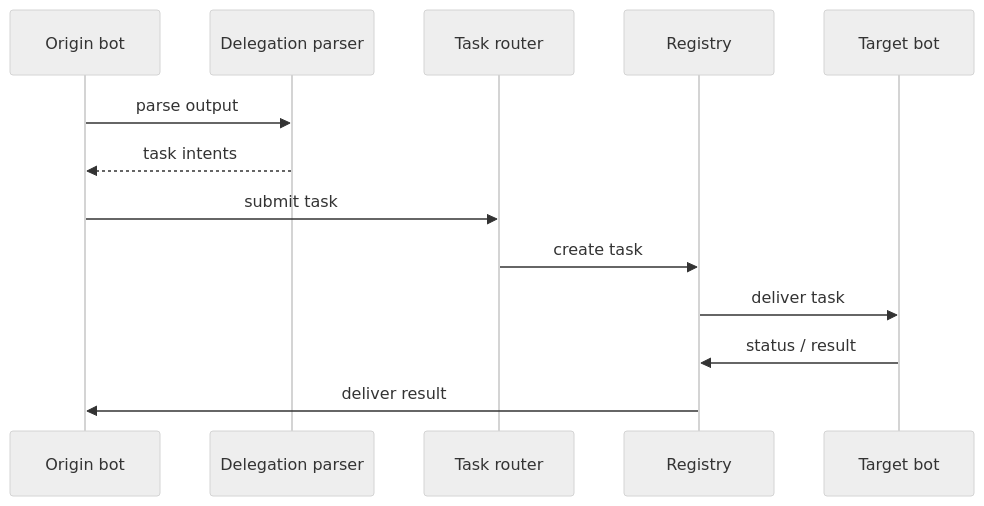
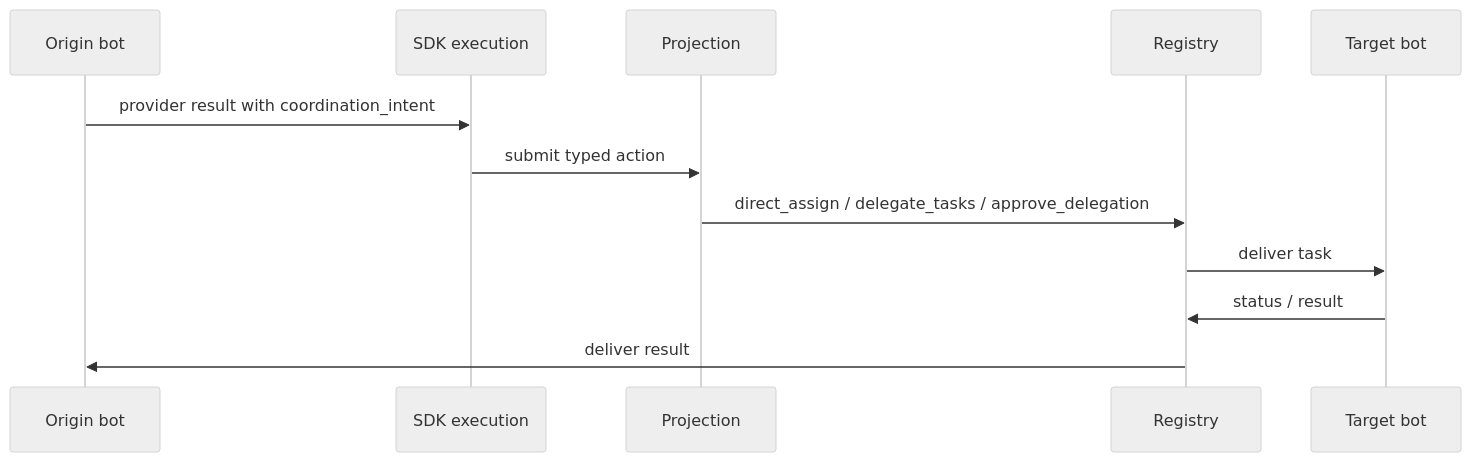
Before and after one commit to privacynow/octopus: the seventh of 7 diagrams in ARCHITECTURE.md, drawn with Mermaid (neutral theme). The commit also changed other lines of this file and 3 other files, not shown here.

````diff
--- a/ARCHITECTURE.md
+++ b/ARCHITECTURE.md
@@ -406,16 +473,15 @@
 ```mermaid
 sequenceDiagram
     participant O as Origin bot
-    participant D as Delegation parser
-    participant T as Task router
+    participant X as SDK execution
+    participant P as Projection
     participant R as Registry
     participant G as Target bot
 
-    O->>D: parse output
-    D-->>O: task intents
-    O->>T: submit task
-    T->>R: create task
+    O->>X: provider result with coordination_intent
+    X->>P: submit typed action
+    P->>R: direct_assign / delegate_tasks / approve_delegation
     R->>G: deliver task
     G->>R: status / result
     R->>O: deliver result
 ```
````
